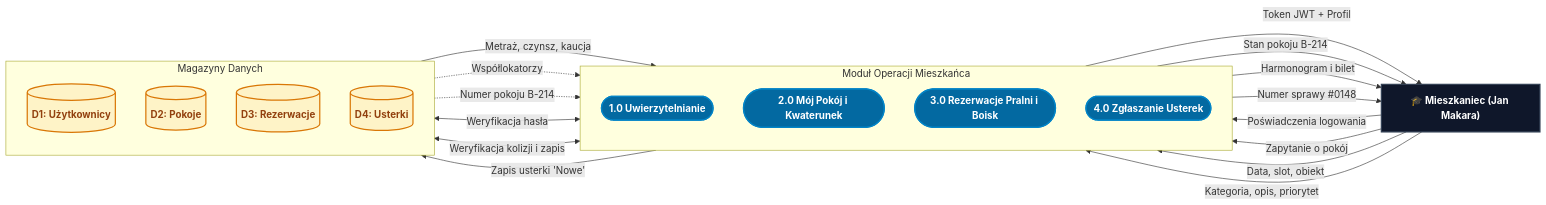
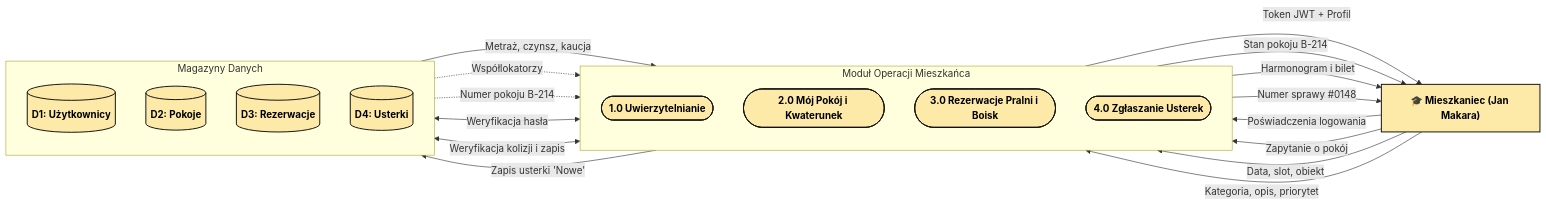
The third of 6 diagrams in docs/DIAGRAM_PRZEPLYWU_DANYCH_DFD.md (GITBRAH/ZarzadzanieAkademikiem), drawn with Mermaid before and after one commit. The commit also changed other lines of this file and 7 other files, not shown here.

````diff
--- a/docs/DIAGRAM_PRZEPLYWU_DANYCH_DFD.md
+++ b/docs/DIAGRAM_PRZEPLYWU_DANYCH_DFD.md
@@ -173,42 +177,42 @@
 ```mermaid
 flowchart LR
-    classDef entity fill:#0F172A,stroke:#334155,stroke-width:2px,color:#FFFFFF,font-weight:bold;
-    classDef proc fill:#0369A1,stroke:#0284C7,stroke-width:2px,color:#FFFFFF,font-weight:bold;
-    classDef store fill:#FEF3C7,stroke:#D97706,stroke-width:2px,color:#92400E,font-weight:bold;
+    classDef entity fill:#FDEAA8,stroke:#111111,stroke-width:1.6px,color:#000000,font-weight:bold;
+    classDef proc fill:#FDEAA8,stroke:#111111,stroke-width:1.6px,color:#000000,font-weight:bold;
+    classDef store fill:#FDEAA8,stroke:#111111,stroke-width:1.6px,color:#000000,font-weight:bold;
 
     STUDENT["🎓 Mieszkaniec (Jan Makara)"]:::entity
 
     subgraph PROCESY_STUDENT ["Moduł Operacji Mieszkańca"]
         direction TB
         P1(["1.0 Uwierzytelnianie"]):::proc
         P2(["2.0 Mój Pokój i Kwaterunek"]):::proc
         P3(["3.0 Rezerwacje Pralni i Boisk"]):::proc
         P4(["4.0 Zgłaszanie Usterek"]):::proc
     end
 
     subgraph BAZA_A ["Magazyny Danych"]
         direction TB
         D1[("D1: Użytkownicy")]:::store
         D2[("D2: Pokoje")]:::store
         D3[("D3: Rezerwacje")]:::store
         D4[("D4: Usterki")]:::store
     end
 
     STUDENT -->|Poświadczenia logowania| P1
     P1 <-->|Weryfikacja hasła| D1
     P1 -->|Token JWT + Profil| STUDENT
 
     STUDENT -->|Zapytanie o pokój| P2
     D2 -->|Metraż, czynsz, kaucja| P2
     D1 -.->|Współlokatorzy| P2
     P2 -->|Stan pokoju B-214| STUDENT
 
     STUDENT -->|Data, slot, obiekt| P3
     P3 <-->|Weryfikacja kolizji i zapis| D3
     P3 -->|Harmonogram i bilet| STUDENT
 
     STUDENT -->|Kategoria, opis, priorytet| P4
     D2 -.->|Numer pokoju B-214| P4
     P4 -->|Zapis usterki 'Nowe'| D4
     P4 -->|Numer sprawy #0148| STUDENT
 ```
````
